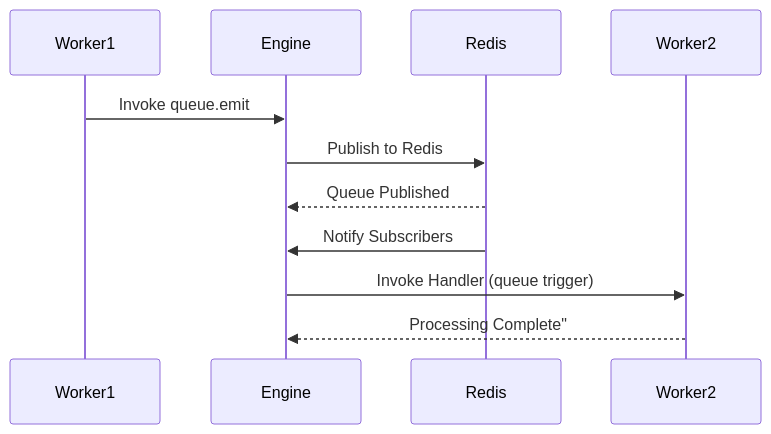
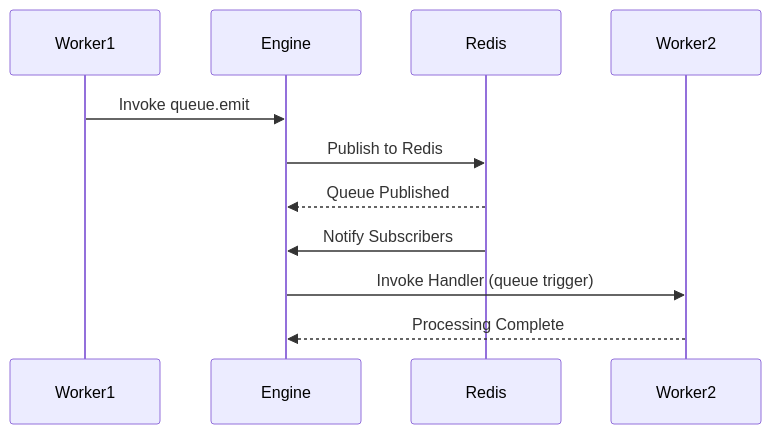
The third of 6 diagrams in profile/README.md (iii-hq/.github), drawn with Mermaid before and after one commit. The commit also changed other lines of this file, not shown here.

````diff
--- a/profile/README.md
+++ b/profile/README.md
@@ -110,15 +110,15 @@
 ```mermaid
 sequenceDiagram
     participant W1 as Worker1
     participant E as Engine
     participant R as Redis
     participant W2 as Worker2
 
     W1->>E: Invoke queue.emit
     E->>R: Publish to Redis
     R-->>E: Queue Published
 
     R->>E: Notify Subscribers
     E->>W2: Invoke Handler (queue trigger)
-    W2-->>E: Processing Complete"
+    W2-->>E: Processing Complete
 ```
````
